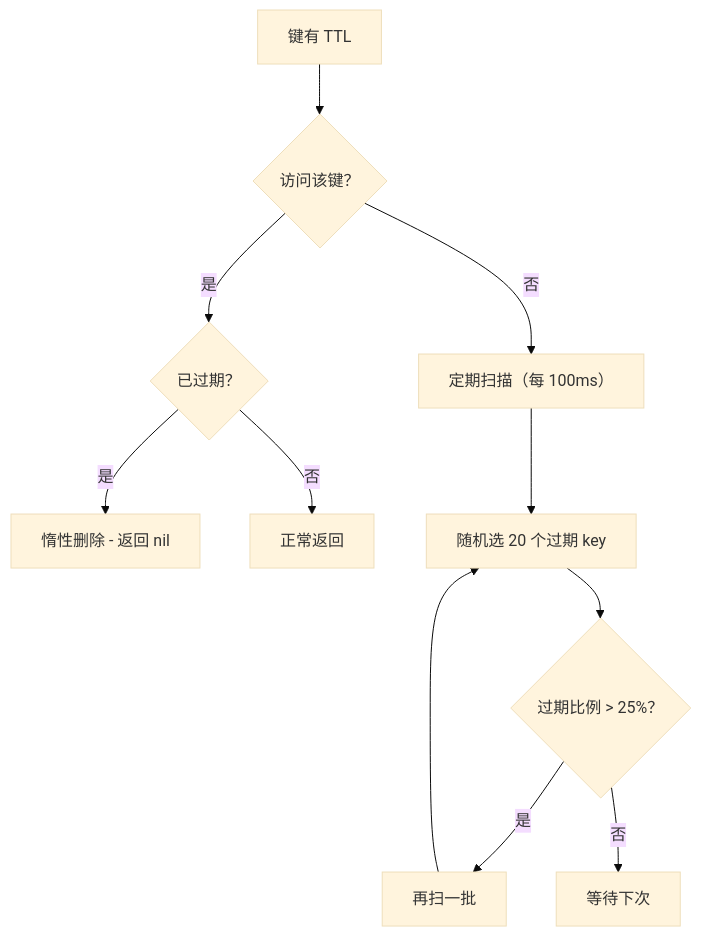
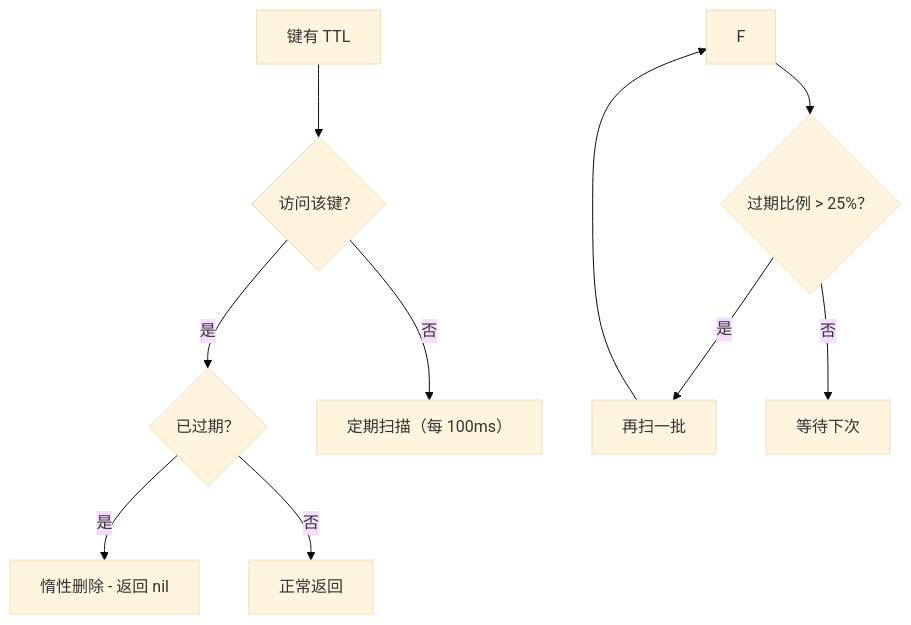
The third of 14 diagrams in 09-redis/README.md (kane201x/javadoc), drawn with Mermaid (base theme) before and after one commit. The commit also changed other lines of this file and 12 other files, not shown here.

First line of the commit message:
fix: correct mermaid diagram syntax across all modules

````diff
--- a/09-redis/README.md
+++ b/09-redis/README.md
@@ -268,13 +268,12 @@
 ```mermaid
 graph TD
     A["键有 TTL"] --> B{"访问该键？"}
-    B -->|是| C{"已过期？"}
-    C -->|是| Del1["惰性删除 - 返回 nil"]
-    C -->|否| D["正常返回"]
-    B -->|否| E["定期扫描（每 100ms）"]
-    E --> F["随机选 20 个过期 key"]
+    B -->|"是"| C{"已过期？"}
+    C -->|"是"| Del1["惰性删除 - 返回 nil"]
+    C -->|"否"| D["正常返回"]
+    B -->|"否"| E["定期扫描（每 100ms）"]
     F --> G{"过期比例 > 25%？"}
-    G -->|是| H["再扫一批"]
-    G -->|否| I["等待下次"]
+    G -->|"是"| H["再扫一批"]
+    G -->|"否"| I["等待下次"]
     H --> F
 ```
````
